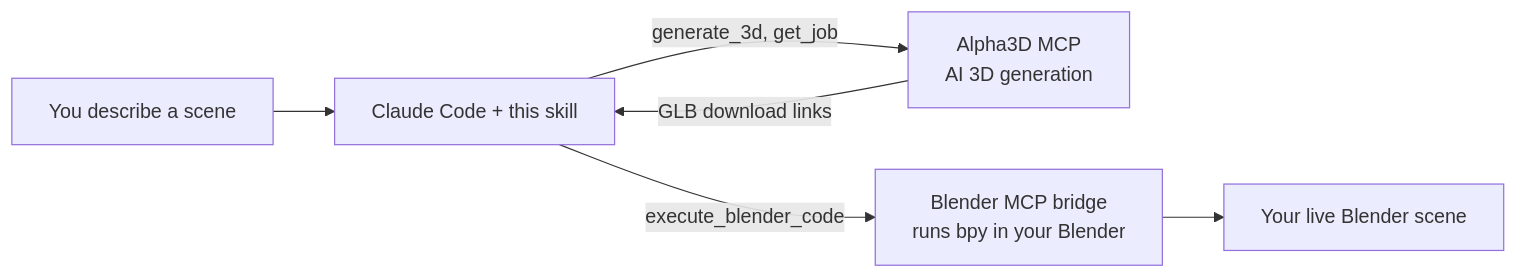
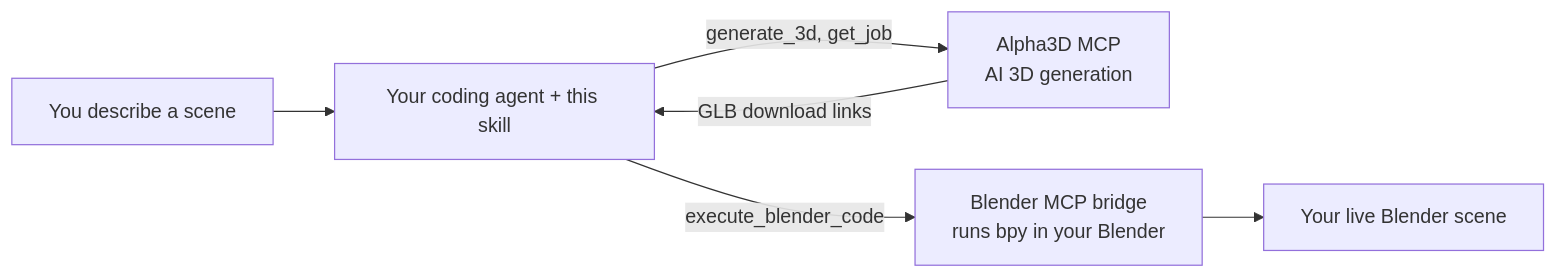
The diagram in README.md (ig-shadow-walker/BlenderXAlpha-3DGenSkill), drawn with Mermaid before and after one commit. The commit also changed other lines of this file, not shown here.

````diff
--- a/README.md
+++ b/README.md
@@ -47,8 +47,8 @@
 ```mermaid
 flowchart LR
-    U[You describe a scene] --> C[Claude Code + this skill]
+    U[You describe a scene] --> C[Your coding agent + this skill]
     C -->|generate_3d, get_job| A[Alpha3D MCP<br/>AI 3D generation]
     A -->|GLB download links| C
     C -->|execute_blender_code| B[Blender MCP bridge<br/>runs bpy in your Blender]
     B --> S[Your live Blender scene]
 ```
````
